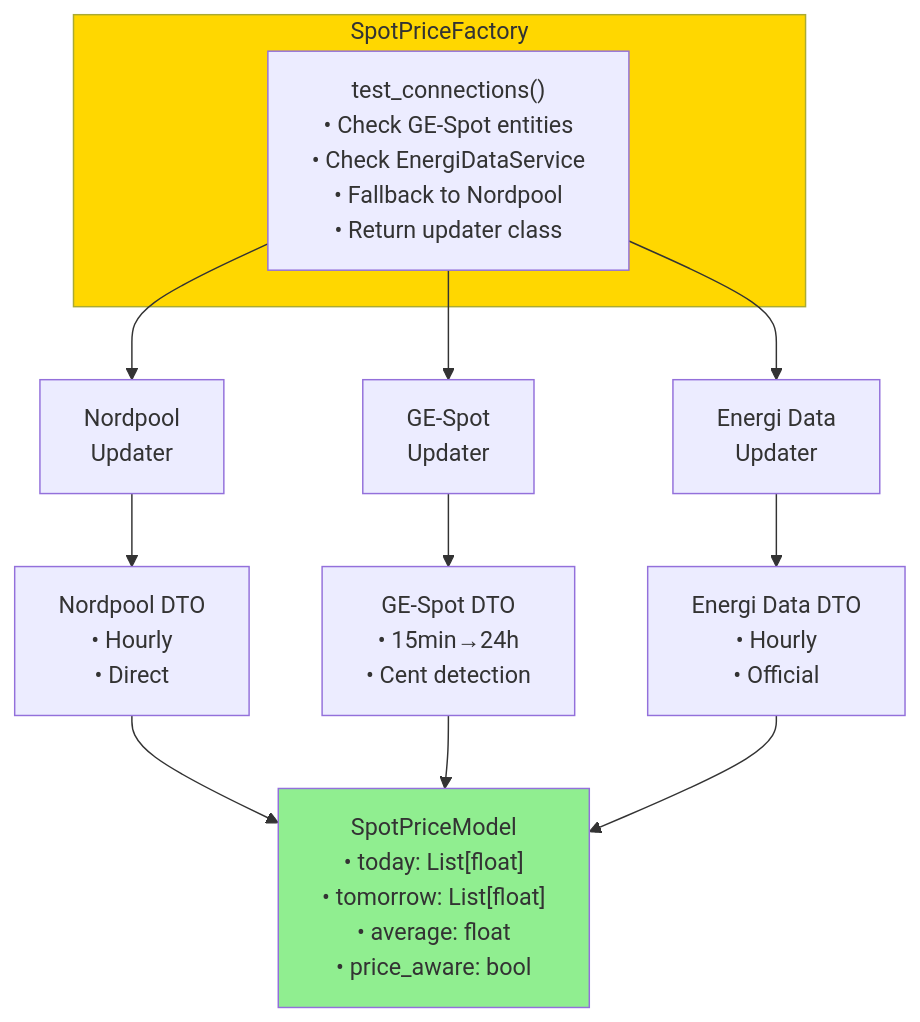
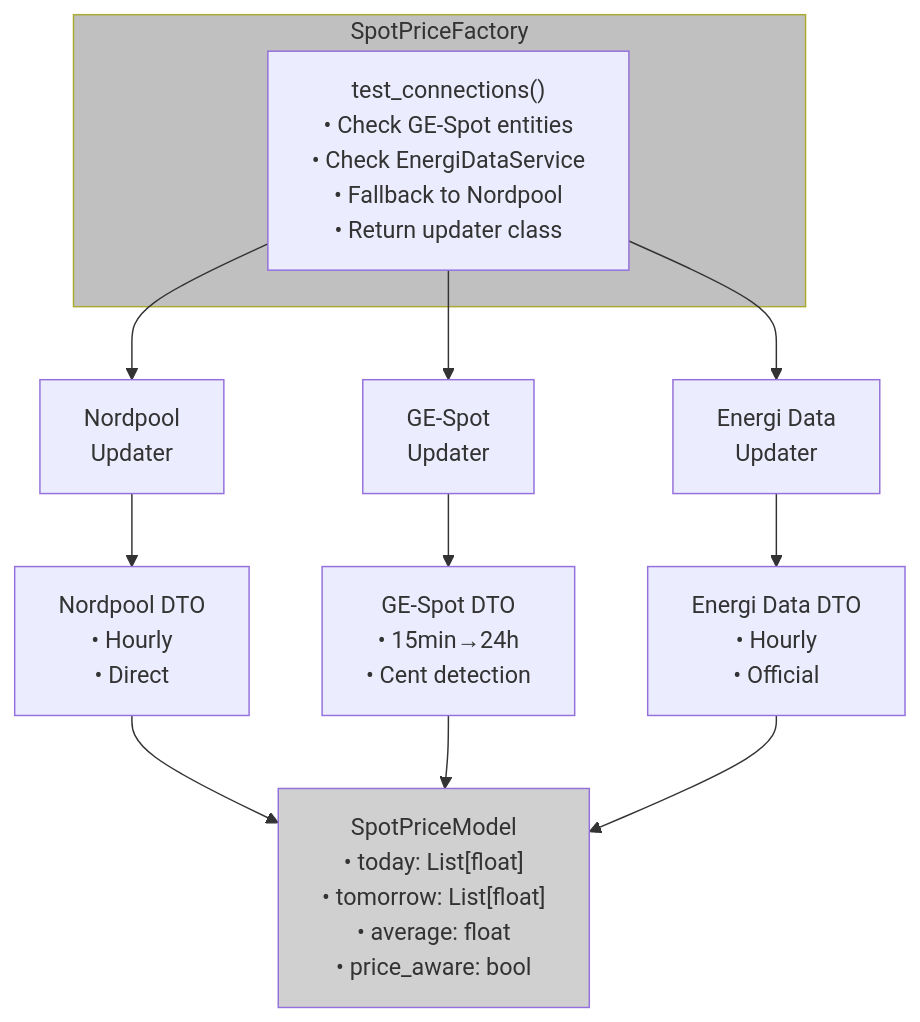
One commit to elden1337/peaqev-core changed the diagram in docs/spotprice/README.md. Above: the diagram before and after it, drawn with Mermaid. The commit also changed 2 other files, not shown here.

Commit message:
docs: Convert Mermaid diagrams to grayscale for better readability
- Replace all colored fills with grayscale palette
- Improves contrast and readability
- Better for printing and accessibility

````diff
--- a/docs/spotprice/README.md
+++ b/docs/spotprice/README.md
@@ -80,21 +80,21 @@
 ```mermaid
 graph TB
     subgraph Factory["SpotPriceFactory"]
         TC["test_connections()<br/>• Check GE-Spot entities<br/>• Check EnergiDataService<br/>• Fallback to Nordpool<br/>• Return updater class"]
     end
     
     TC --> NordpoolUpd["Nordpool<br/>Updater"]
     TC --> GESpotUpd["GE-Spot<br/>Updater"]
     TC --> EDSUpd["Energi Data<br/>Updater"]
     
     NordpoolUpd --> NordpoolDTO["Nordpool DTO<br/>• Hourly<br/>• Direct"]
     GESpotUpd --> GESpotDTO["GE-Spot DTO<br/>• 15min→24h<br/>• Cent detection"]
     EDSUpd --> EDSDTO["Energi Data DTO<br/>• Hourly<br/>• Official"]
     
     NordpoolDTO --> Model["SpotPriceModel<br/>• today: List[float]<br/>• tomorrow: List[float]<br/>• average: float<br/>• price_aware: bool"]
     GESpotDTO --> Model
     EDSDTO --> Model
     
-    style Factory fill:#ffd700
-    style Model fill:#90ee90
+    style Factory fill:#c0c0c0
+    style Model fill:#d0d0d0
 ```
````
